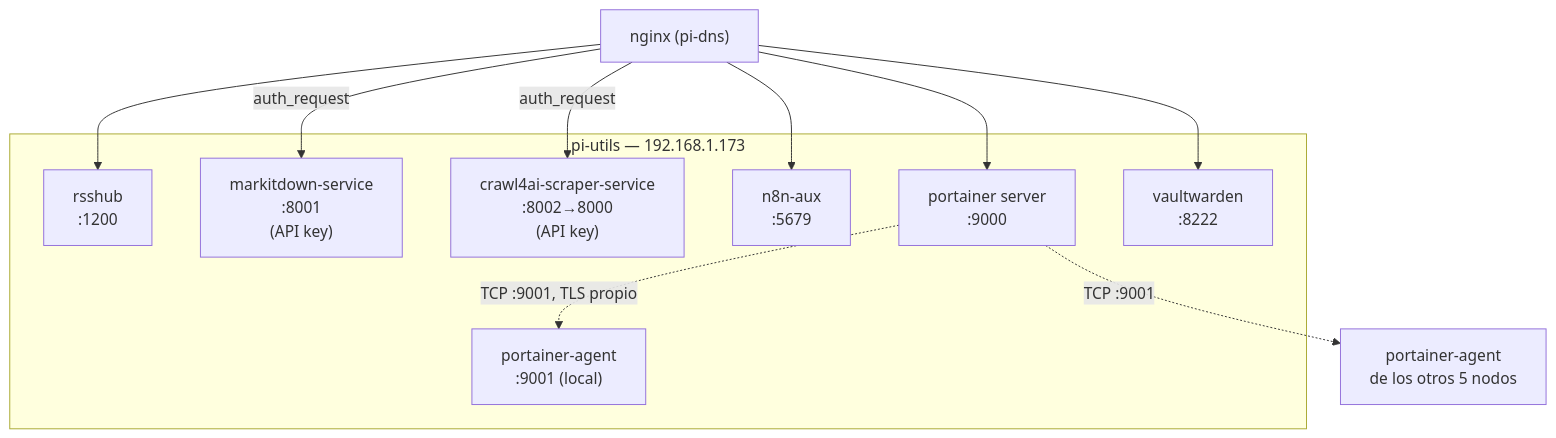
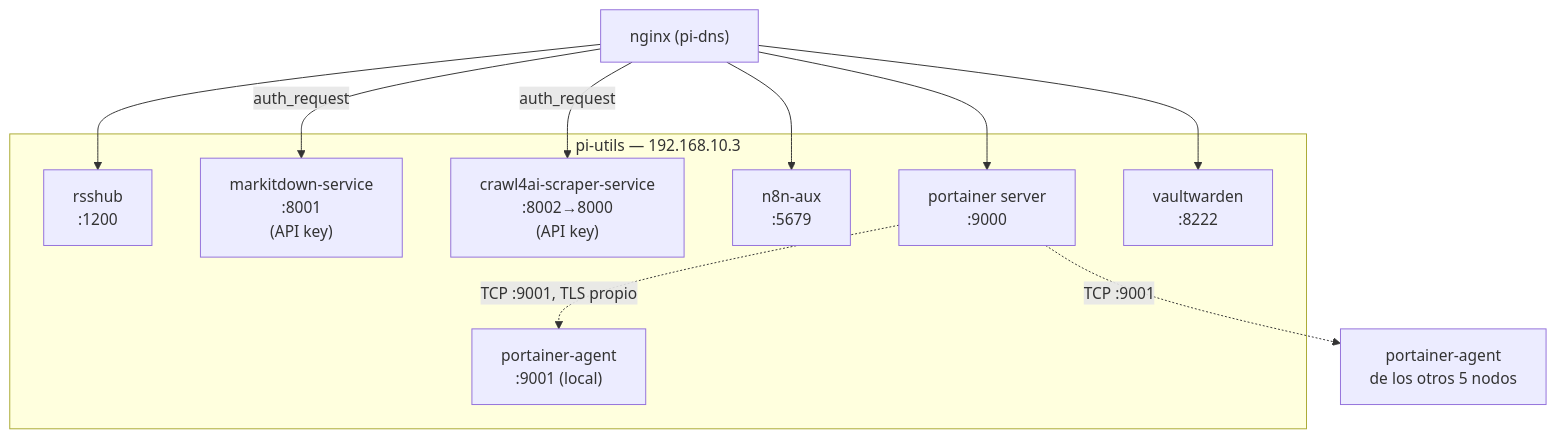
Before and after one commit to impalah/homelab-cluster: the first of 2 diagrams in docs/10-instalacion-pi4-utils.md, drawn with Mermaid. The commit also changed other lines of this file and 41 other files, not shown here.

````diff
--- a/docs/10-instalacion-pi4-utils.md
+++ b/docs/10-instalacion-pi4-utils.md
@@ -18,21 +20,21 @@
 ```mermaid
 flowchart TB
-    subgraph piutils["pi-utils — 192.168.1.173"]
+    subgraph piutils["pi-utils — 192.168.10.3"]
         RSS["rsshub\n:1200"]
         MD["markitdown-service\n:8001\n(API key)"]
         CRAWL["crawl4ai-scraper-service\n:8002→8000\n(API key)"]
         N8NAUX["n8n-aux\n:5679"]
         PORT["portainer server\n:9000"]
         PA_LOCAL["portainer-agent\n:9001 (local)"]
         VW["vaultwarden\n:8222"]
     end
 
     PORT -.->|TCP :9001, TLS propio| PA_LOCAL
     PORT -.->|TCP :9001| AgentesRemotos["portainer-agent\nde los otros 5 nodos"]
     Nginx["nginx (pi-dns)"] --> RSS
     Nginx -->|"auth_request"| MD
     Nginx -->|"auth_request"| CRAWL
     Nginx --> N8NAUX
     Nginx --> PORT
     Nginx --> VW
 ```
````
